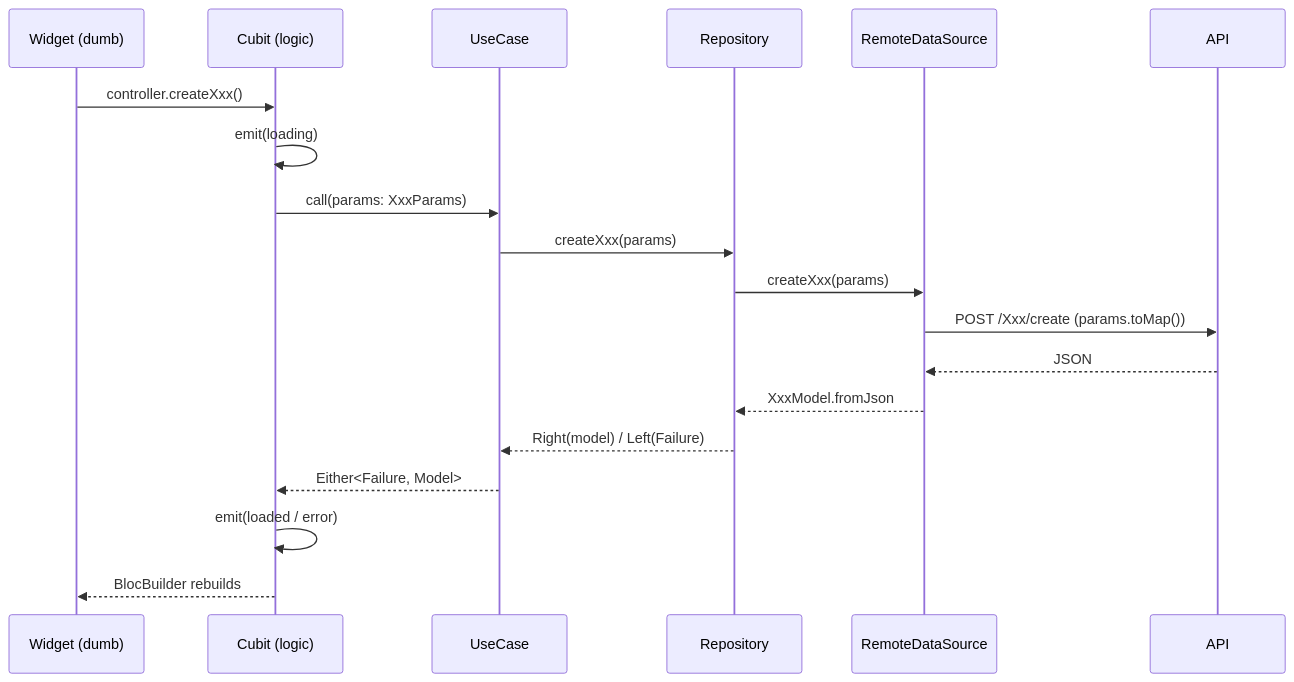
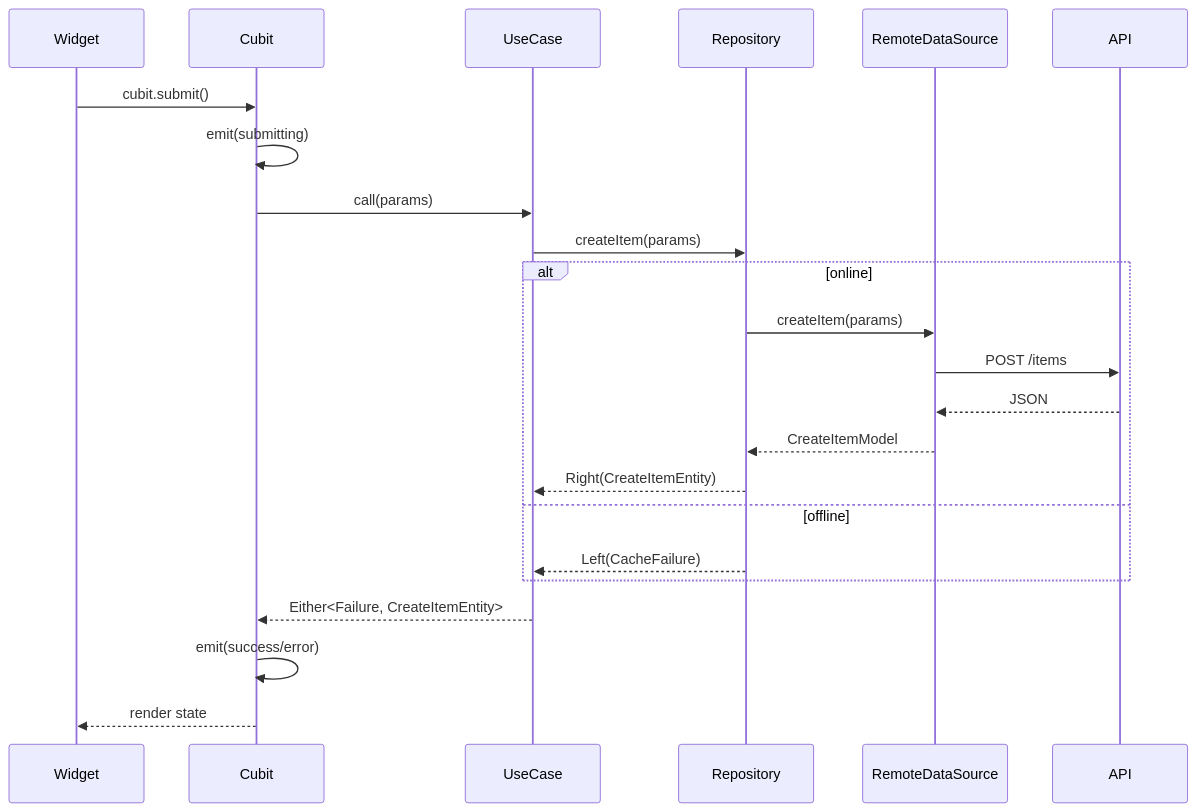
The third of 3 diagrams in FEATURE_TEMPLATE.md (Amr8tom/Shaoni), drawn with Mermaid before and after one commit. The commit also changed other lines of this file and 21 other files, not shown here.

````diff
--- a/FEATURE_TEMPLATE.md
+++ b/FEATURE_TEMPLATE.md
@@ -37,22 +84,26 @@
 ```mermaid
 sequenceDiagram
-    participant W as Widget (dumb)
-    participant C as Cubit (logic)
+    participant W as Widget
+    participant C as Cubit
     participant U as UseCase
     participant R as Repository
     participant D as RemoteDataSource
     participant A as API
 
-    W->>C: controller.createXxx()
-    C->>C: emit(loading)
-    C->>U: call(params: XxxParams)
-    U->>R: createXxx(params)
-    R->>D: createXxx(params)
-    D->>A: POST /Xxx/create (params.toMap())
-    A-->>D: JSON
-    D-->>R: XxxModel.fromJson
-    R-->>U: Right(model) / Left(Failure)
-    U-->>C: Either<Failure, Model>
-    C->>C: emit(loaded / error)
-    C-->>W: BlocBuilder rebuilds
+    W->>C: cubit.submit()
+    C->>C: emit(submitting)
+    C->>U: call(params)
+    U->>R: createItem(params)
+    alt online
+        R->>D: createItem(params)
+        D->>A: POST /items
+        A-->>D: JSON
+        D-->>R: CreateItemModel
+        R-->>U: Right(CreateItemEntity)
+    else offline
+        R-->>U: Left(CacheFailure)
+    end
+    U-->>C: Either<Failure, CreateItemEntity>
+    C->>C: emit(success/error)
+    C-->>W: render state
 ```
````
